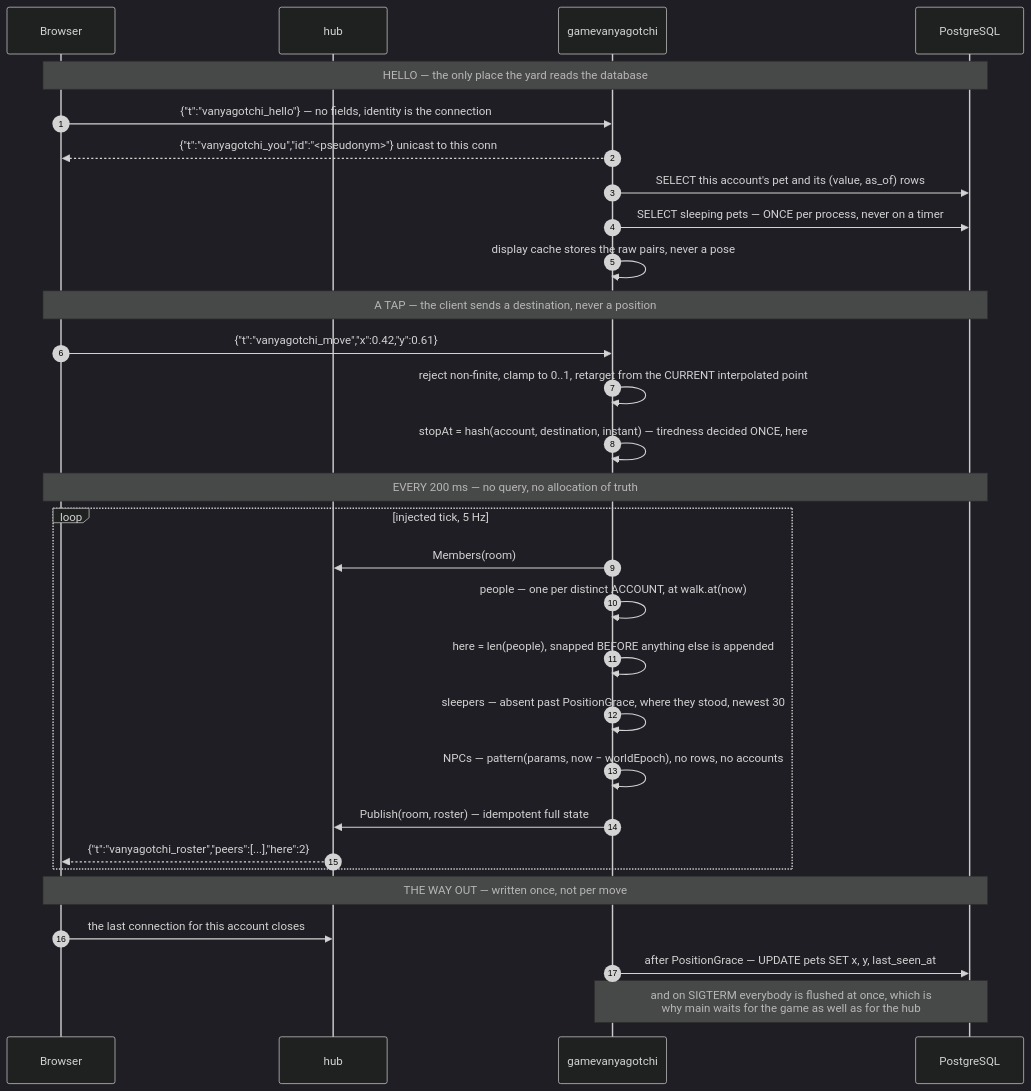
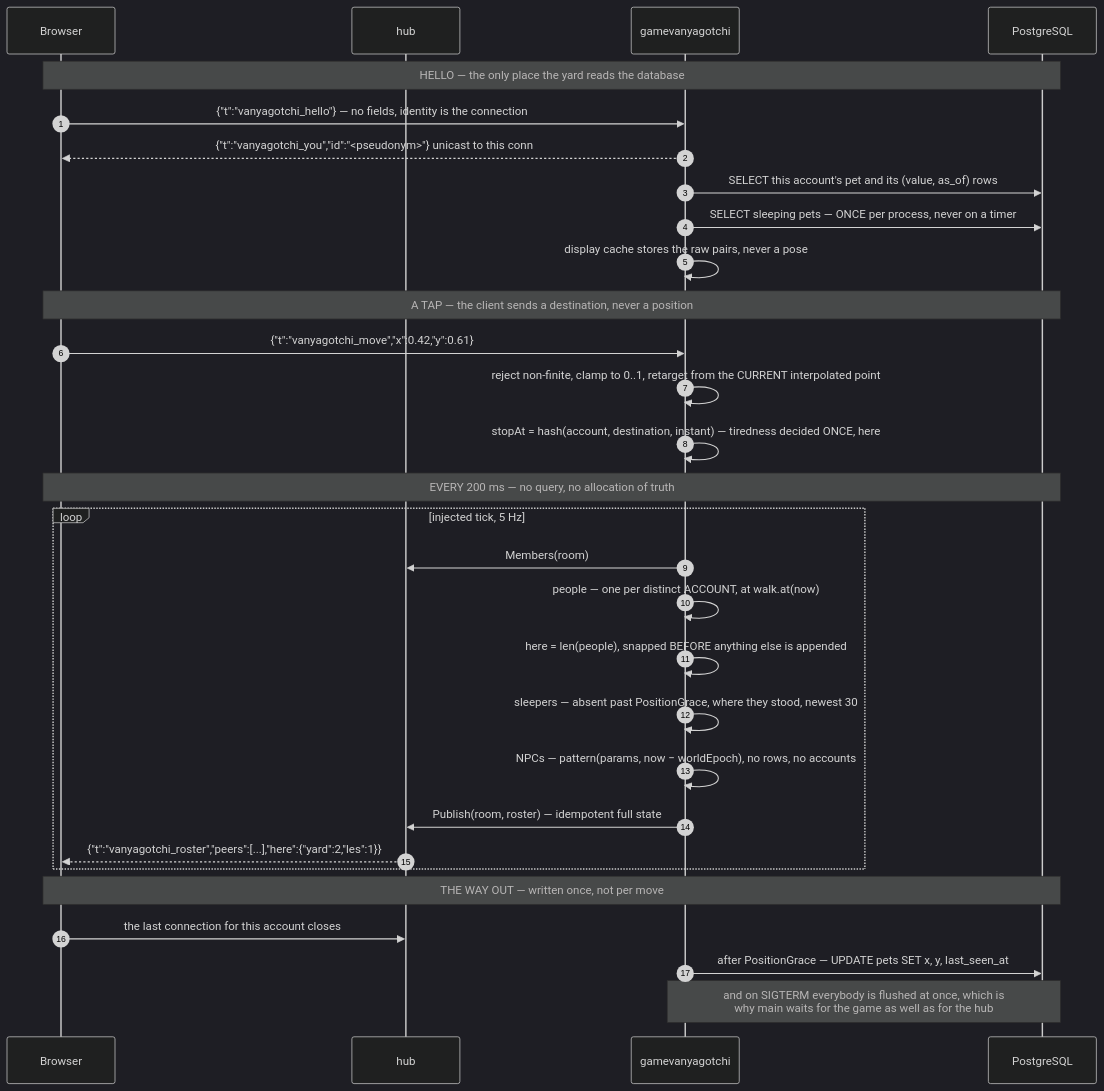
The seventh of 11 diagrams in docs/ARCHITECTURE.md (SergeyZSpb/psycho-space), drawn with Mermaid (dark theme) before and after one commit. The commit also changed other lines of this file and 27 other files, not shown here.

````diff
--- a/docs/ARCHITECTURE.md
+++ b/docs/ARCHITECTURE.md
@@ -226,36 +226,36 @@
 ```mermaid
 sequenceDiagram
     autonumber
     participant B as Browser
     participant H as hub
     participant G as gamevanyagotchi
     participant P as PostgreSQL
 
     Note over B,P: HELLO — the only place the yard reads the database
     B->>G: {"t":"vanyagotchi_hello"} — no fields, identity is the connection
     G-->>B: {"t":"vanyagotchi_you","id":"<pseudonym>"} unicast to this conn
     G->>P: SELECT this account's pet and its (value, as_of) rows
     G->>P: SELECT sleeping pets — ONCE per process, never on a timer
     G->>G: display cache stores the raw pairs, never a pose
 
     Note over B,P: A TAP — the client sends a destination, never a position
     B->>G: {"t":"vanyagotchi_move","x":0.42,"y":0.61}
     G->>G: reject non-finite, clamp to 0..1, retarget from the CURRENT interpolated point
     G->>G: stopAt = hash(account, destination, instant) — tiredness decided ONCE, here
 
     Note over B,P: EVERY 200 ms — no query, no allocation of truth
     loop injected tick, 5 Hz
         G->>H: Members(room)
         G->>G: people — one per distinct ACCOUNT, at walk.at(now)
         G->>G: here = len(people), snapped BEFORE anything else is appended
         G->>G: sleepers — absent past PositionGrace, where they stood, newest 30
         G->>G: NPCs — pattern(params, now − worldEpoch), no rows, no accounts
         G->>H: Publish(room, roster) — idempotent full state
-        H-->>B: {"t":"vanyagotchi_roster","peers":[...],"here":2}
+        H-->>B: {"t":"vanyagotchi_roster","peers":[...],"here":{"yard":2,"les":1}}
     end
 
     Note over B,P: THE WAY OUT — written once, not per move
     B->>H: the last connection for this account closes
     G->>P: after PositionGrace — UPDATE pets SET x, y, last_seen_at
     Note over G,P: and on SIGTERM everybody is flushed at once, which is<br/>why main waits for the game as well as for the hub
 ```
````
